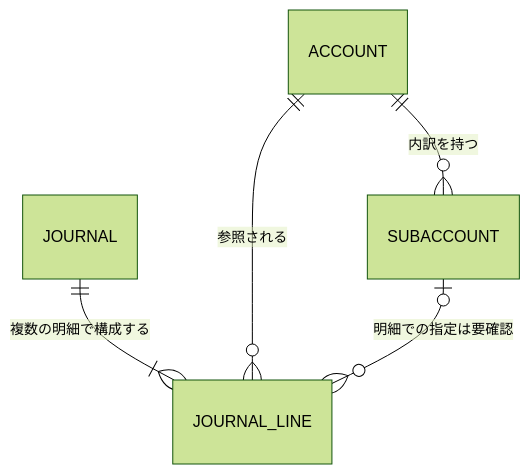
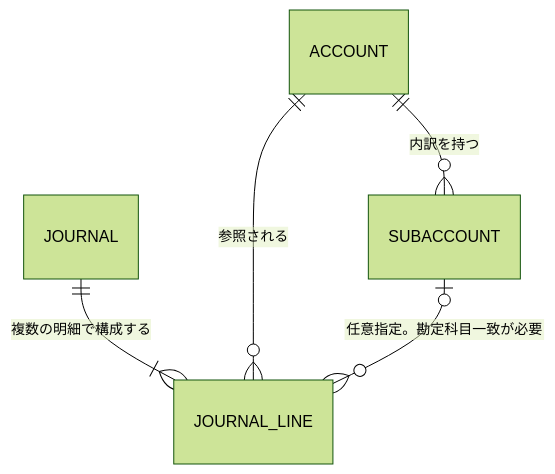
The diagram in docs/design/data/er-diagram.md (akichko/aidevtemplate), drawn with Mermaid (forest theme) before and after one commit. The commit also changed other lines of this file and 29 other files, not shown here.

````diff
--- a/docs/design/data/er-diagram.md
+++ b/docs/design/data/er-diagram.md
@@ -5,7 +5,7 @@
 ```mermaid
 erDiagram
     JOURNAL ||--|{ JOURNAL_LINE : "複数の明細で構成する"
     ACCOUNT ||--o{ JOURNAL_LINE : "参照される"
     ACCOUNT ||--o{ SUBACCOUNT : "内訳を持つ"
-    SUBACCOUNT o|--o{ JOURNAL_LINE : "明細での指定は要確認"
+    SUBACCOUNT o|--o{ JOURNAL_LINE : "任意指定。勘定科目一致が必要"
 ```
````
